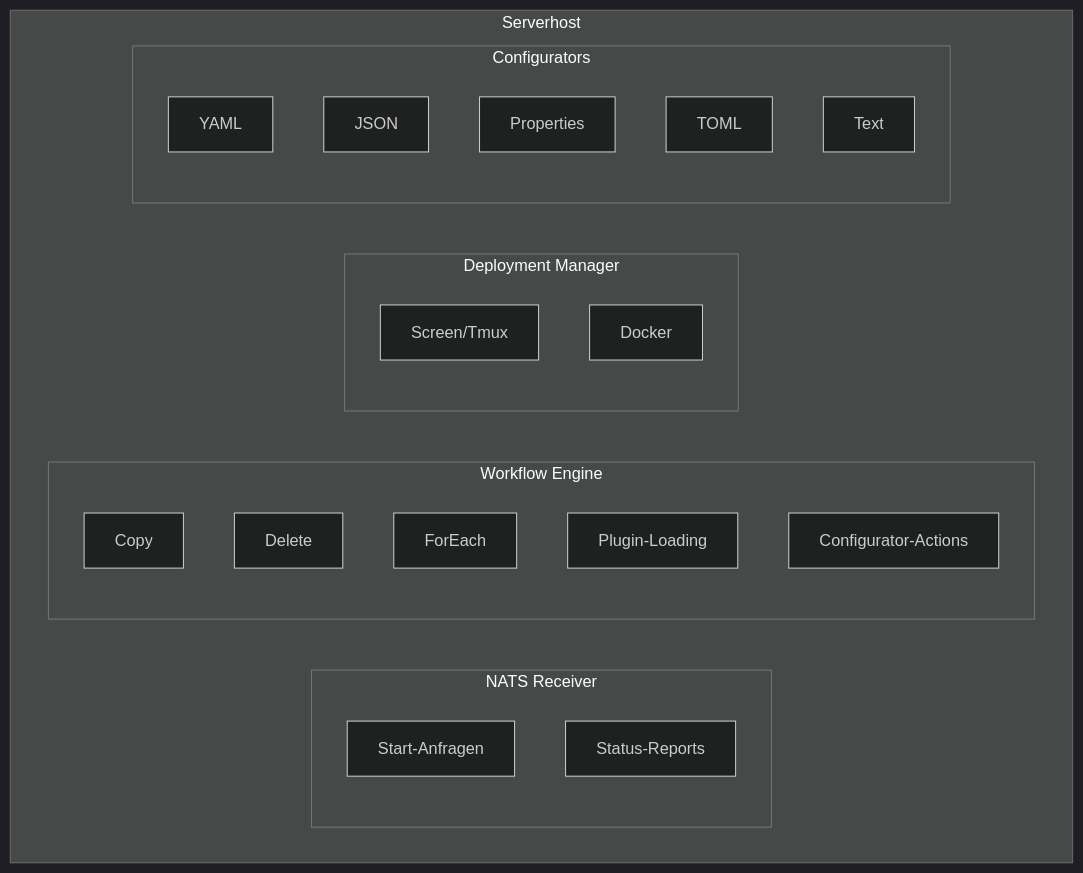
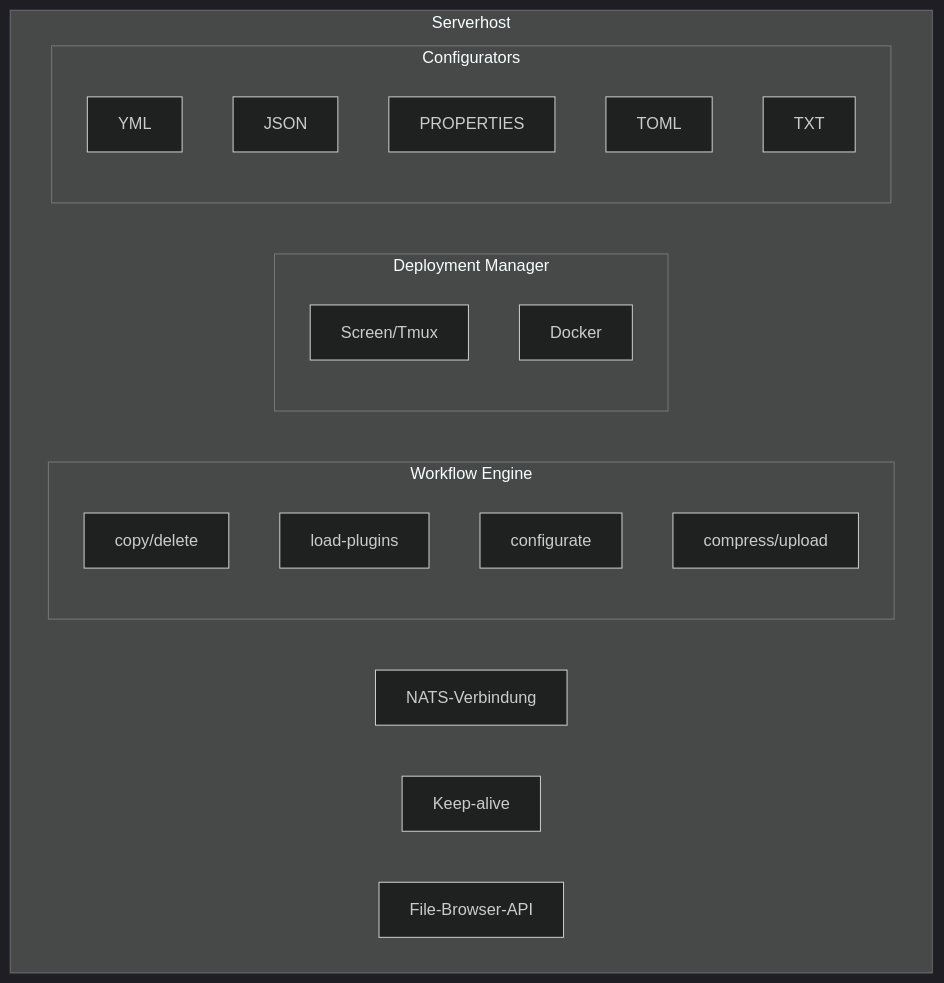
Before and after one commit to simplecloudapp/docs: the first of 2 diagrams in de/manual/introduction/architecture/serverhost.mdx, drawn with Mermaid (dark theme). The commit also changed other lines of this file and 46 other files, not shown here.

````diff
--- a/de/manual/introduction/architecture/serverhost.mdx
+++ b/de/manual/introduction/architecture/serverhost.mdx
@@ -44,30 +39,28 @@
 ```mermaid
 flowchart TB
     subgraph Serverhost["Serverhost"]
-        subgraph NATS["NATS Receiver"]
-            Start["Start-Anfragen"]
-            Status["Status-Reports"]
-        end
+        NATS["NATS-Verbindung"]
+        KeepAlive["Keep-alive"]
+        FileBrowser["File-Browser-API"]
 
         subgraph Workflow["Workflow Engine"]
-            Copy["Copy"]
-            Delete["Delete"]
-            ForEach["ForEach"]
-            Plugins["Plugin-Loading"]
-            Config["Configurator-Actions"]
+            Copy["copy/delete"]
+            Plugins["load-plugins"]
+            Config["configurate"]
+            Archives["compress/upload"]
         end
 
         subgraph Deploy["Deployment Manager"]
             Screen["Screen/Tmux"]
             Docker["Docker"]
         end
 
         subgraph Configs["Configurators"]
-            YAML["YAML"]
+            YAML["YML"]
             JSON["JSON"]
-            Props["Properties"]
+            Props["PROPERTIES"]
             TOML["TOML"]
-            Text["Text"]
+            Text["TXT"]
         end
     end
 ```
````
